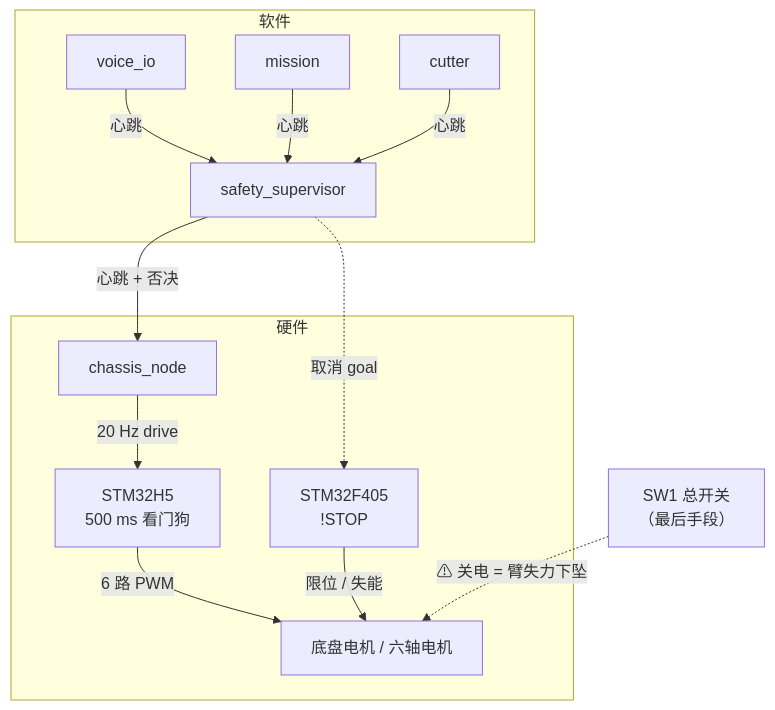
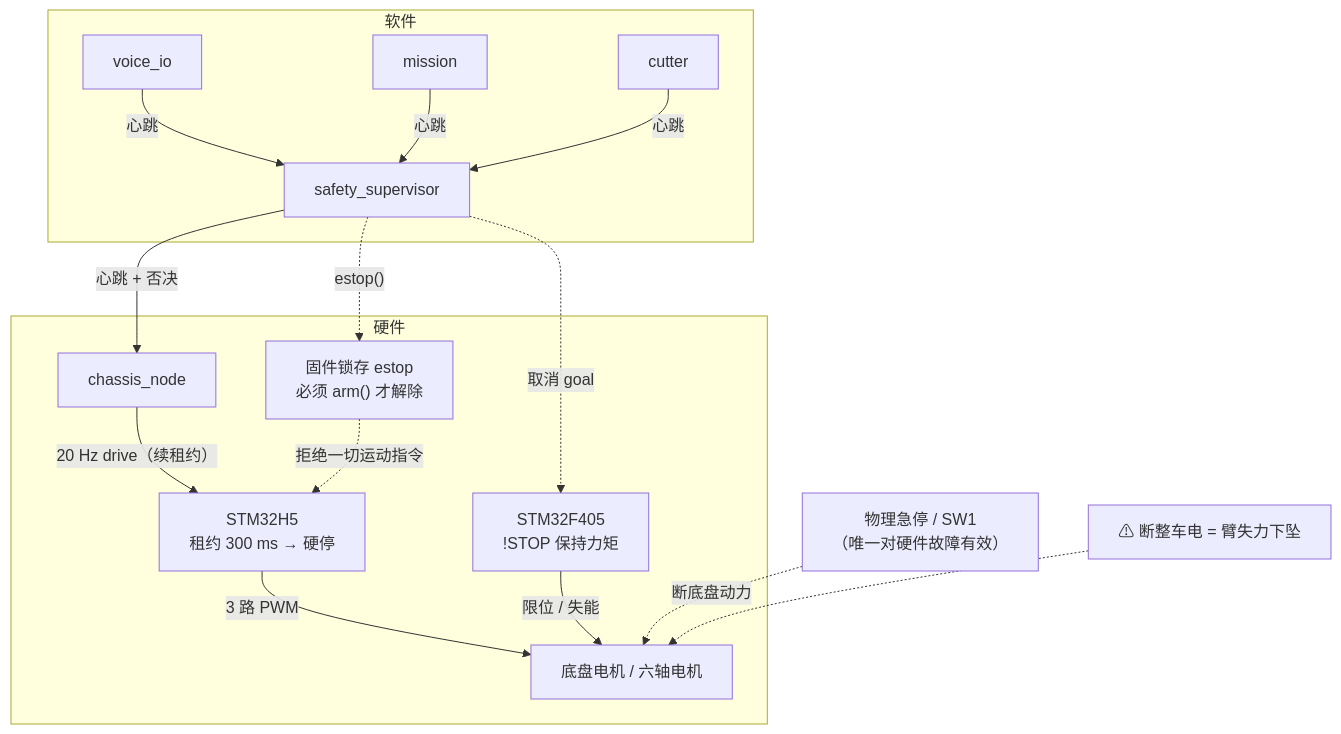
One commit to BohnChen/PickOrangeDummy changed the diagram in docs/diagrams/08-safety.mmd. Above: the diagram before and after it, drawn with Mermaid. The commit also changed 16 other files, not shown here.

```diff
--- a/docs/diagrams/08-safety.mmd
+++ b/docs/diagrams/08-safety.mmd
@@ -1,24 +1,28 @@
 graph TD
     subgraph 软件
         VO["voice_io"]
         MI["mission"]
         CT["cutter"]
         SS["safety_supervisor"]
     end
     subgraph 硬件
         CH["chassis_node"]
-        H5["STM32H5<br/>500 ms 看门狗"]
-        REF["STM32F405<br/>!STOP"]
+        H5["STM32H5<br/>租约 300 ms → 硬停"]
+        LATCH["固件锁存 estop<br/>必须 arm() 才解除"]
+        REF["STM32F405<br/>!STOP 保持力矩"]
         MOT["底盘电机 / 六轴电机"]
     end
 
     VO -- "心跳" --> SS
     MI -- "心跳" --> SS
     CT -- "心跳" --> SS
     SS -- "心跳 + 否决" --> CH
-    CH -- "20 Hz drive" --> H5
-    H5 -- "6 路 PWM" --> MOT
+    CH -- "20 Hz drive（续租约）" --> H5
+    H5 -- "3 路 PWM" --> MOT
+    SS -. "estop()" .-> LATCH
+    LATCH -. "拒绝一切运动指令" .-> H5
     REF -- "限位 / 失能" --> MOT
     SS -. "取消 goal" .-> REF
 
-    SW["SW1 总开关<br/>（最后手段）"] -. "⚠ 关电 = 臂失力下坠" .-> MOT
+    SW["物理急停 / SW1<br/>（唯一对硬件故障有效）"] -. "断底盘动力" .-> MOT
+    SW2["⚠ 断整车电 = 臂失力下坠"] -.-> MOT
```
